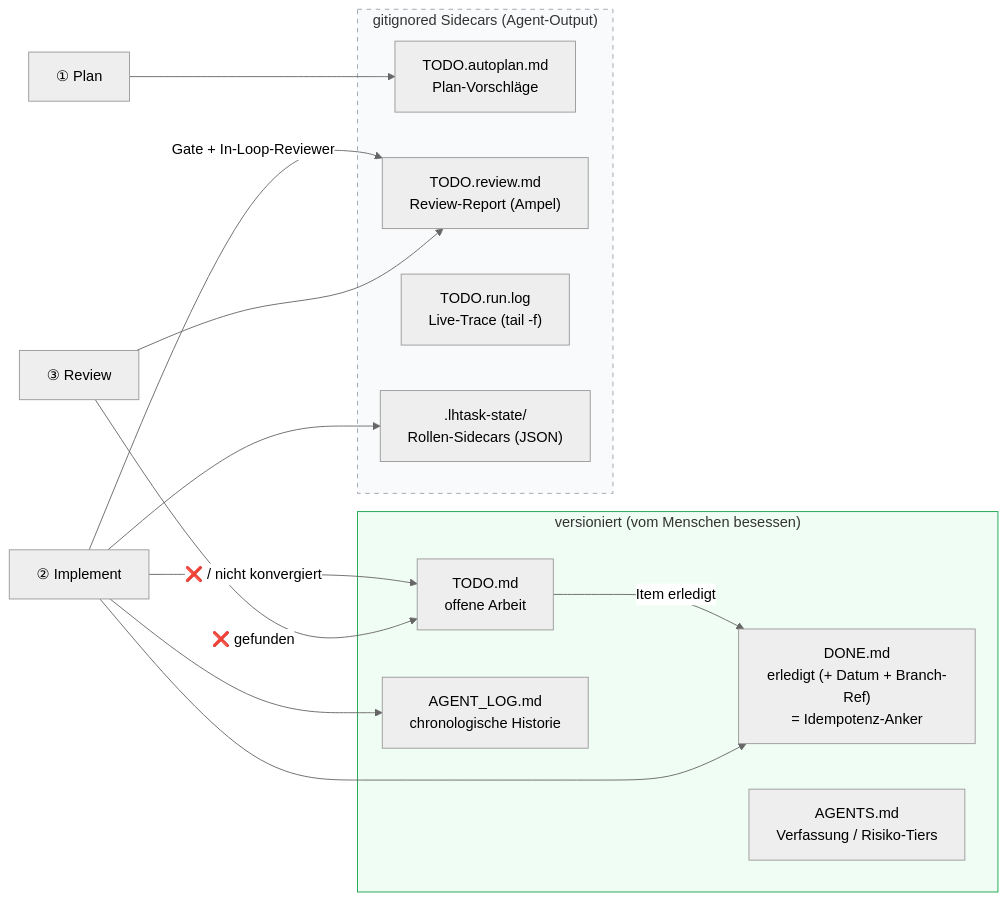
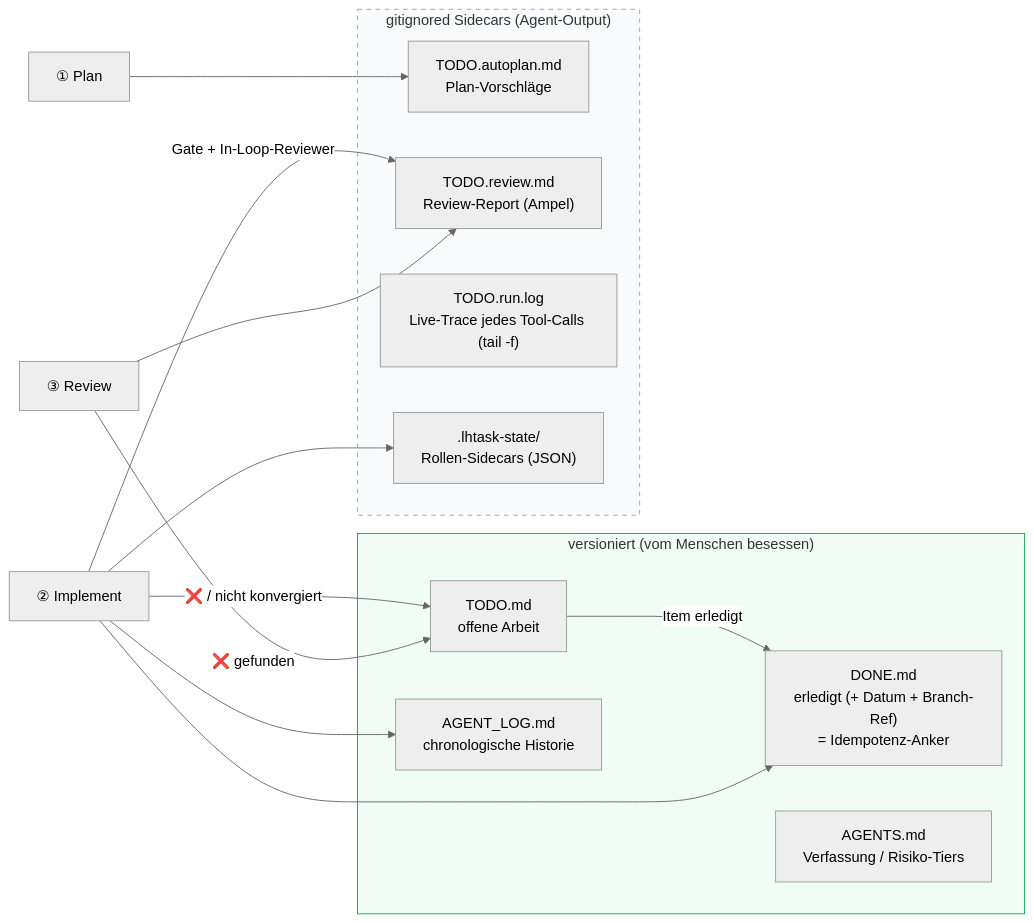
One commit to leonhoffmann86/team-sprint changed the seventh of 12 diagrams in ARCHITECTURE.md. Above: the diagram before and after it, drawn with Mermaid (neutral theme). The commit also changed other lines of this file and 2 other files, not shown here.

Commit message:
docs: refresh CLAUDE/ARCHITECTURE/README for live activity trace (v0.9.0)

````diff
--- a/ARCHITECTURE.md
+++ b/ARCHITECTURE.md
@@ -381,29 +381,29 @@
 ```mermaid
 flowchart LR
     subgraph TRACKED["versioniert (vom Menschen besessen)"]
         TODO["TODO.md<br/>offene Arbeit"]
         DONE["DONE.md<br/>erledigt (+ Datum + Branch-Ref)<br/>= Idempotenz-Anker"]
         LOG["AGENT_LOG.md<br/>chronologische Historie"]
         CONST["AGENTS.md<br/>Verfassung / Risiko-Tiers"]
     end
 
     subgraph SIDECARS["gitignored Sidecars (Agent-Output)"]
         AUTOPLAN["TODO.autoplan.md<br/>Plan-Vorschläge"]
         REVIEW["TODO.review.md<br/>Review-Report (Ampel)"]
-        RUNLOG["TODO.run.log<br/>Live-Trace (tail -f)"]
+        RUNLOG["TODO.run.log<br/>Live-Trace jedes Tool-Calls (tail -f)"]
         STATE[".lhtask-state/<br/>Rollen-Sidecars (JSON)"]
     end
 
     TODO -- "Item erledigt" --> DONE
     PLAN_S["① Plan"] --> AUTOPLAN
     IMPL_S["② Implement"] --> DONE
     IMPL_S --> LOG
     IMPL_S --> STATE
     IMPL_S -- "Gate + In-Loop-Reviewer" --> REVIEW
     IMPL_S -- "❌ / nicht konvergiert" --> TODO
     REV_S["③ Review"] --> REVIEW
     REV_S -- "❌ gefunden" --> TODO
 
     style SIDECARS fill:#f9fafb,stroke:#9ca3af,stroke-dasharray: 5 5
     style TRACKED fill:#f0fdf4,stroke:#16a34a
 ```
````
